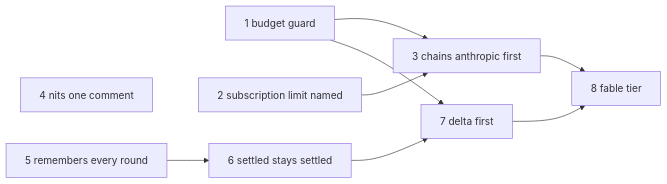
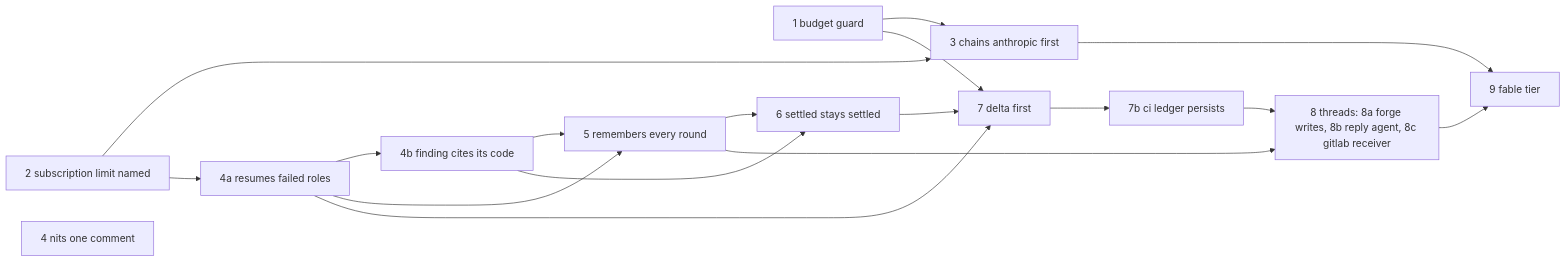
The diagram in docs/specs/2026-11-15_SP-REVIEW-CONVERGES_umbrella-a-review-converges-in-few-rounds-on-a-budget.md (repoachhq/repoach), drawn with Mermaid before and after one commit. The commit also changed other lines of this file and 11 other files, not shown here.

````diff
--- a/docs/specs/2026-11-15_SP-REVIEW-CONVERGES_umbrella-a-review-converges-in-few-rounds-on-a-budget.md
+++ b/docs/specs/2026-11-15_SP-REVIEW-CONVERGES_umbrella-a-review-converges-in-few-rounds-on-a-budget.md
@@ -163,11 +246,19 @@
 ```mermaid
 flowchart LR
     A[1 budget guard] --> C[3 chains anthropic first]
     B[2 subscription limit named] --> C
     N[4 nits one comment]
-    H[5 remembers every round] --> S[6 settled stays settled]
+    B --> R[4a resumes failed roles] --> I[4b finding cites its code]
+    R --> H[5 remembers every round]
+    I --> H
+    H --> S[6 settled stays settled]
+    I --> S
     S --> D[7 delta first]
     A --> D
-    C --> F[8 fable tier]
-    D --> F
+    R --> D
+    D --> P[7b ci ledger persists]
+    P --> T[8 threads: 8a forge writes, 8b reply agent, 8c gitlab receiver]
+    H --> T
+    C --> F[9 fable tier]
+    T --> F
 ```
````
